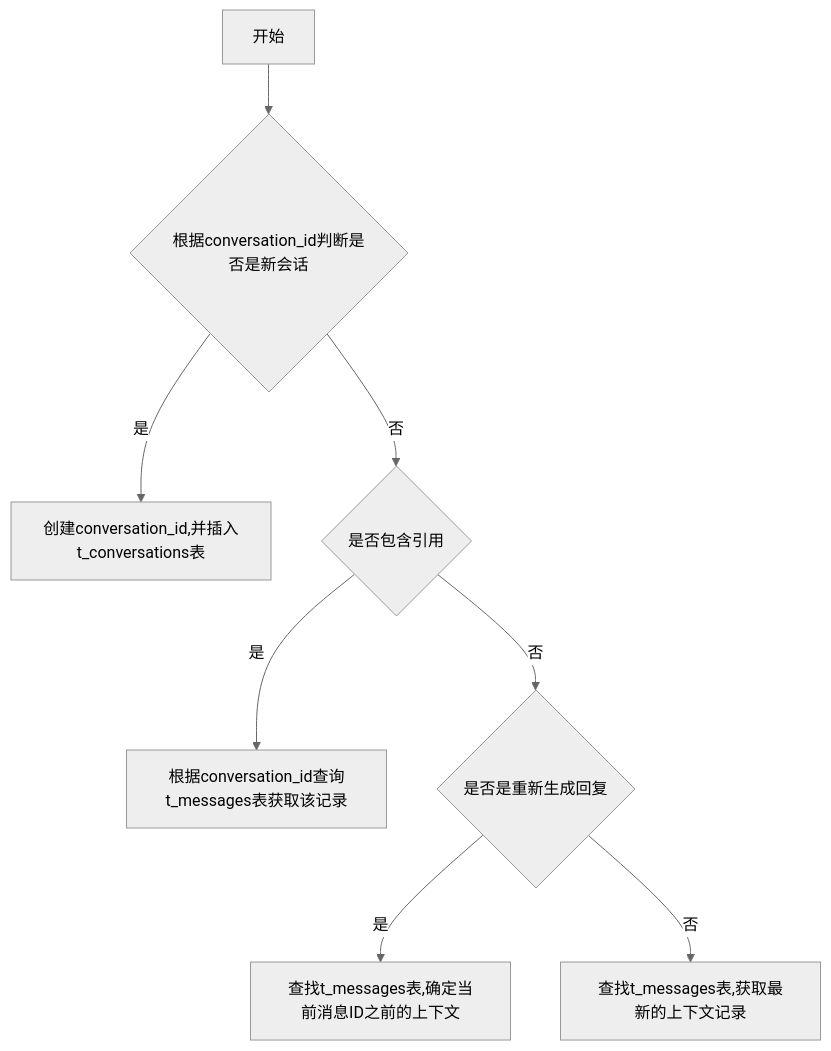
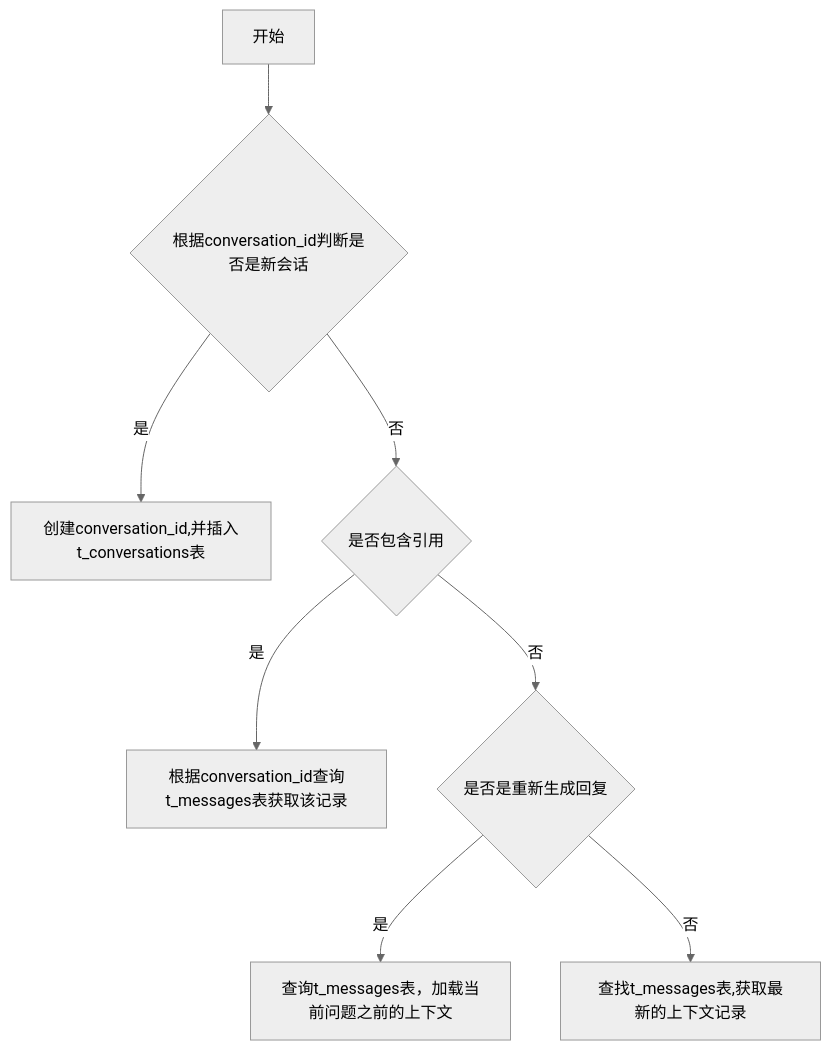
Before and after one commit to yingjianzh/iodraw-files: the diagram in all/未命名-7.md, drawn with Mermaid (neutral theme).

Commit message:
2024-10-12 14:23:48 update

````diff
--- a/all/未命名-7.md
+++ b/all/未命名-7.md
@@ -1,12 +1,12 @@
 ```mermaid
 flowchart TD
     A[开始] --> B{根据conversation_id判断是否是新会话}
     B -- 是 --> C[创建conversation_id,并插入t_conversations表]
     B -- 否 --> D{是否包含引用}
     D -- 是 --> E[根据conversation_id查询t_messages表获取该记录]
     D -- 否 --> F{是否是重新生成回复}
-    F -- 是 --> G[查找t_messages表,确定当前消息ID之前的上下文]
+    F -- 是 --> G[查询t_messages表，加载当前问题之前的上下文]
     F -- 否 --> H[查找t_messages表,获取最新的上下文记录]
 
 
 ```
````
